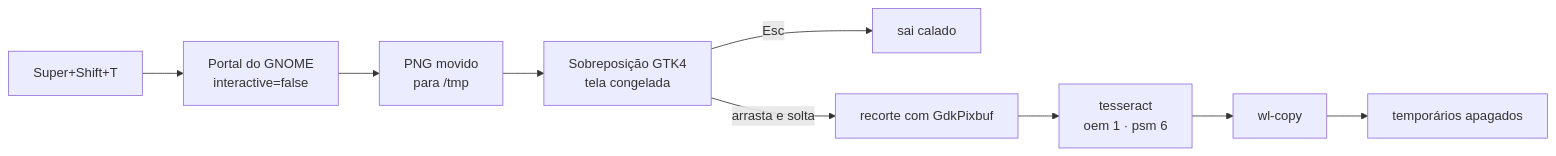
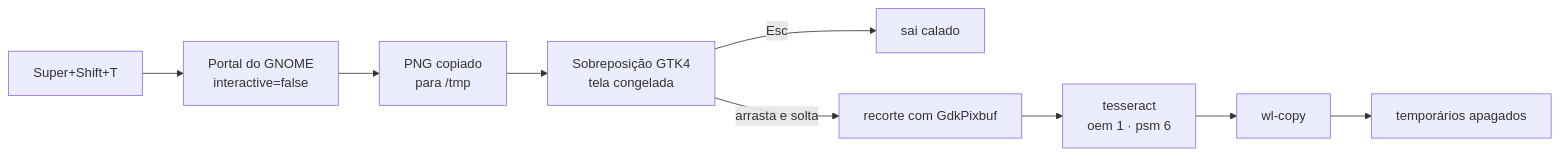
The diagram in README.md (augustotecnos/ocr-tela), drawn with Mermaid before and after one commit. The commit also changed other lines of this file and 1 other file, not shown here.

````diff
--- a/README.md
+++ b/README.md
@@ -35,11 +37,11 @@
 ```mermaid
 flowchart LR
     A["Super+Shift+T"] --> B["Portal do GNOME<br/>interactive=false"]
-    B --> C["PNG movido<br/>para /tmp"]
+    B --> C["PNG copiado<br/>para /tmp"]
     C --> D["Sobreposição GTK4<br/>tela congelada"]
     D -->|Esc| X["sai calado"]
     D -->|arrasta e solta| E["recorte com GdkPixbuf"]
     E --> F["tesseract<br/>oem 1 · psm 6"]
     F --> G["wl-copy"]
     G --> H["temporários apagados"]
 ```
````
